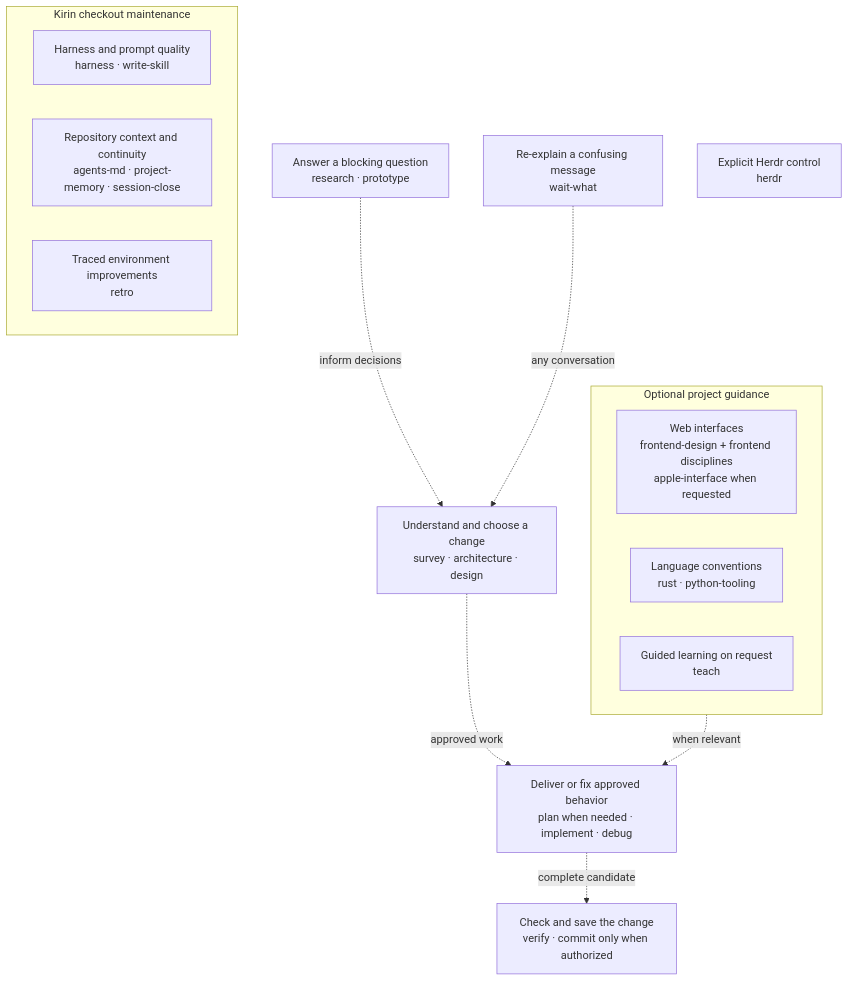
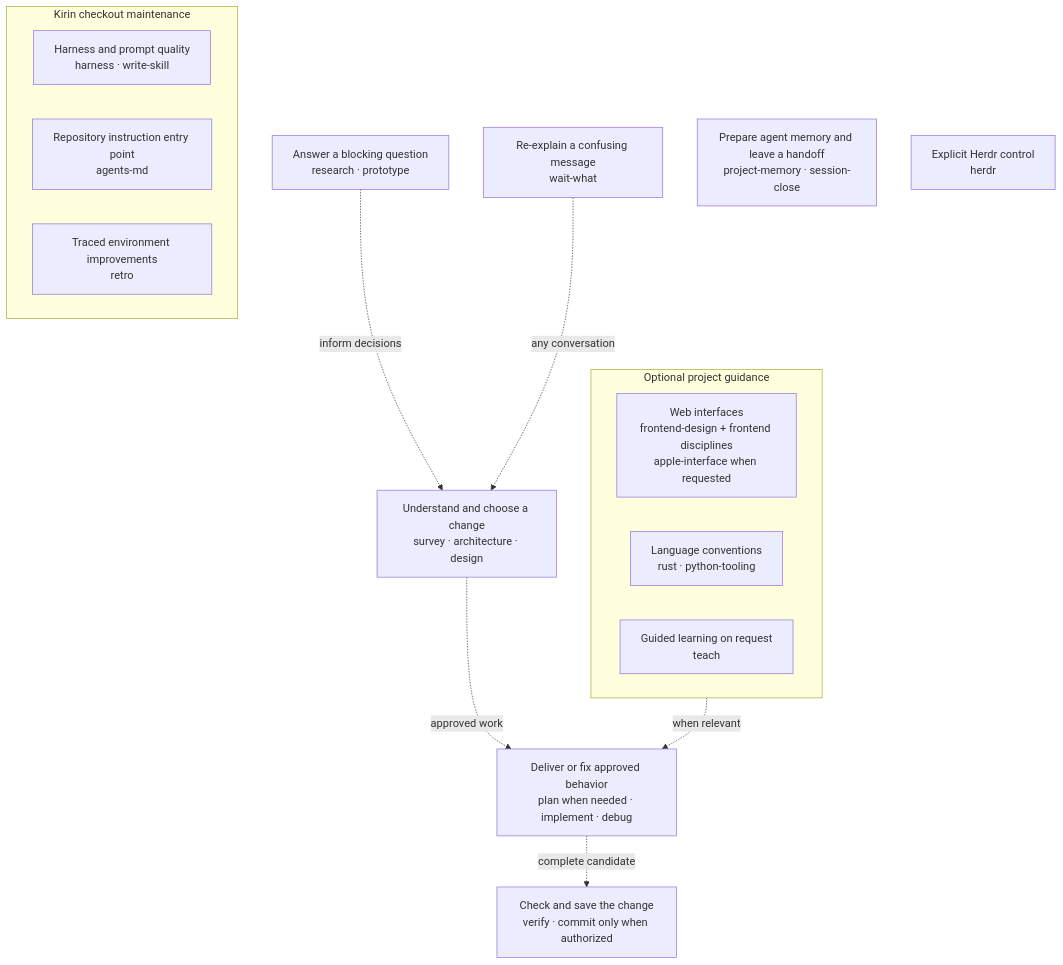
The second of 2 diagrams in README.md (bryan824/kirin-pi), drawn with Mermaid before and after one commit. The commit also changed other lines of this file and 9 other files, not shown here.

First line of the commit message:
feat(harness): fix project memory paths and install memory skills globally

````diff
--- a/README.md
+++ b/README.md
@@ -64,26 +64,27 @@
 ```mermaid
 flowchart TB
   discover["Understand and choose a change<br/>survey · architecture · design"]
   evidence["Answer a blocking question<br/>research · prototype"]
   build["Deliver or fix approved behavior<br/>plan when needed · implement · debug"]
   review["Check and save the change<br/>verify · commit only when authorized"]
   clarity["Re-explain a confusing message<br/>wait-what"]
+  memory["Prepare agent memory and leave a handoff<br/>project-memory · session-close"]
   evidence -. "inform decisions" .-> discover
   discover -. "approved work" .-> build
   build -. "complete candidate" .-> review
   clarity -. "any conversation" .-> discover
 
   subgraph domain["Optional project guidance"]
     web["Web interfaces<br/>frontend-design + frontend disciplines<br/>apple-interface when requested"]
     language["Language conventions<br/>rust · python-tooling"]
     learning["Guided learning on request<br/>teach"]
   end
   domain -. "when relevant" .-> build
 
   subgraph maintenance["Kirin checkout maintenance"]
     shape["Harness and prompt quality<br/>harness · write-skill"]
-    memory["Repository context and continuity<br/>agents-md · project-memory · session-close"]
+    continuity["Repository instruction entry point<br/>agents-md"]
     retro["Traced environment improvements<br/>retro"]
   end
   control["Explicit Herdr control<br/>herdr"]
 ```
````
